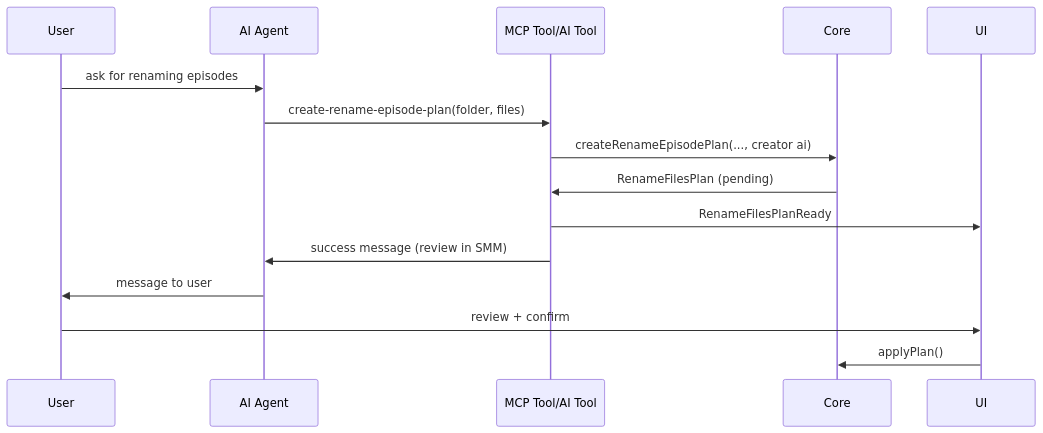
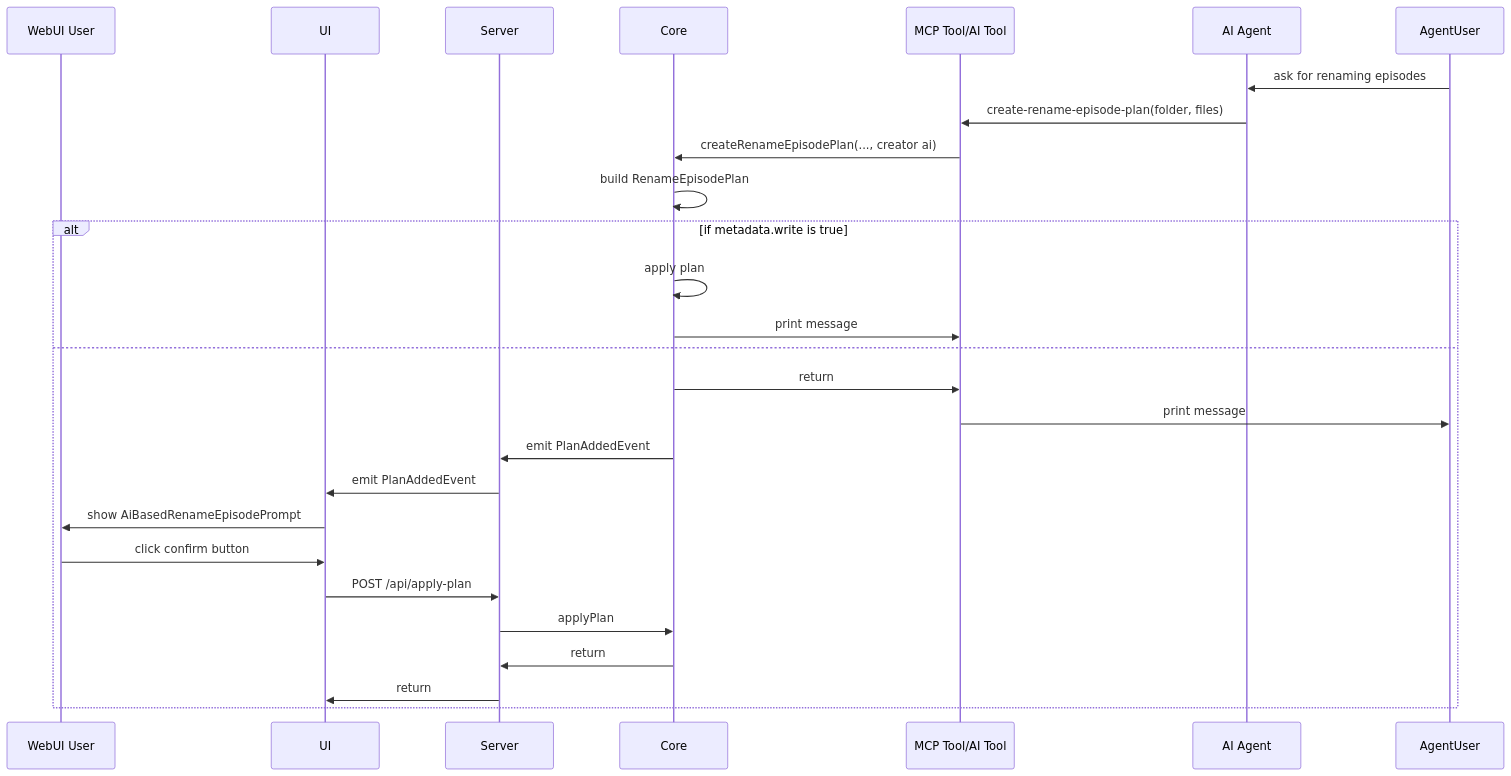
The sixth of 7 diagrams in docs/dev/rename-episodes.md (lawrenceching/SMM), drawn with Mermaid before and after one commit. The commit also changed other lines of this file and 1 other file, not shown here.

````diff
--- a/docs/dev/rename-episodes.md
+++ b/docs/dev/rename-episodes.md
@@ -183,18 +185,31 @@
 ```mermaid
 sequenceDiagram
-  participant U as User
+  participant U as WebUI User
+  participant W as UI
+  participant S as Server
+  participant C as Core
+  participant T as MCP Tool/AI Tool
   participant A as AI Agent
-  participant T as MCP Tool/AI Tool
-  participant C as Core
-  participant W as UI
+  participant AgentUser
 
-  U->>A: ask for renaming episodes
+  AgentUser->>A: ask for renaming episodes
   A->>T: create-rename-episode-plan(folder, files)
   T->>C: createRenameEpisodePlan(..., creator ai)
-  C->>T: RenameFilesPlan (pending)
-  T->>W: RenameFilesPlanReady
-  T->>A: success message (review in SMM)
-  A->>U: message to user
-  U->>W: review + confirm
-  W->>C: applyPlan()
+  C->>C: build RenameEpisodePlan
+  alt if metadata.write is true
+     C->>C: apply plan
+     C->>T: print message
+  else
+     C->>T: return
+  T->>AgentUser: print message
+  C->>S: emit PlanAddedEvent
+  S->>W: emit PlanAddedEvent
+  W->>U: show AiBasedRenameEpisodePrompt
+  U->>W: click confirm button
+  W->>S: POST /api/apply-plan
+  S->>C: applyPlan
+  C->>S: return
+  S->>W: return
+  end
+  
 ```
````
